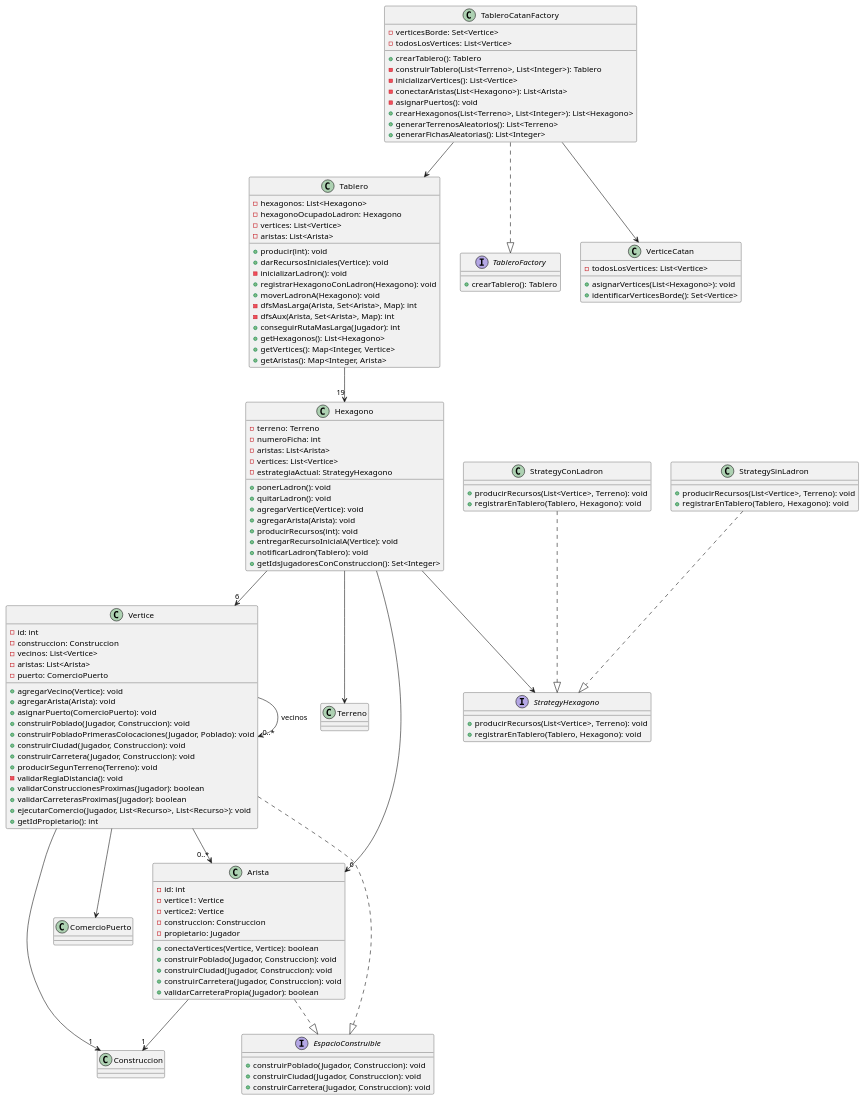
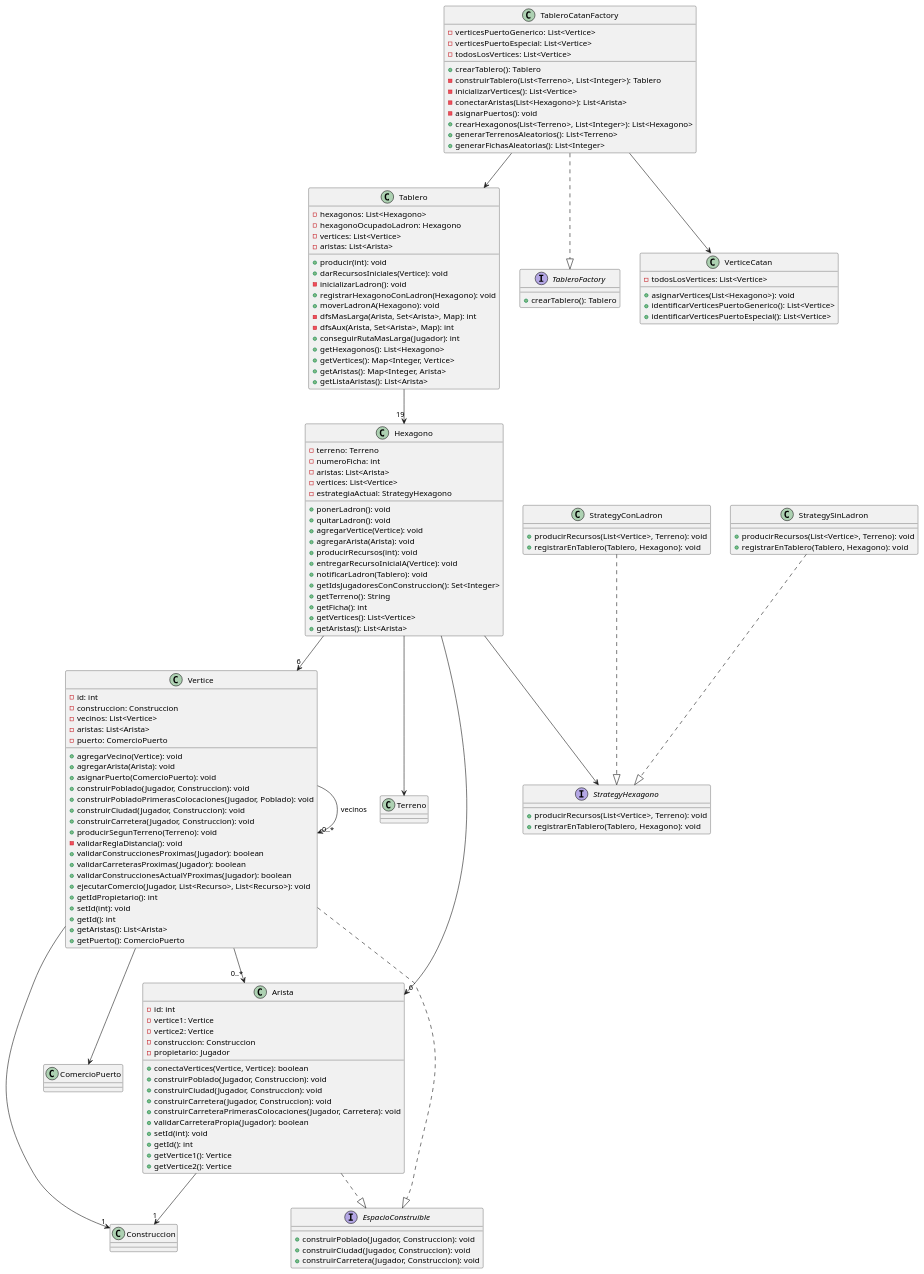
One commit to ValeSolArroyo/TP2-Catan changed the diagram in diagrams/classes/tablero.puml. Above: the diagram before and after it, drawn with PlantUML. The commit also changed 8 other files, not shown here.

Commit message:
diagramas actualizados

```diff
--- a/diagrams/classes/tablero.puml
+++ b/diagrams/classes/tablero.puml
@@ -1,142 +1,159 @@
 @startuml
 
 class Tablero {
   - hexagonos: List<Hexagono>
   - hexagonoOcupadoLadron: Hexagono
   - vertices: List<Vertice>
   - aristas: List<Arista>
   
   + producir(int): void
   + darRecursosIniciales(Vertice): void
   - inicializarLadron(): void
   + registrarHexagonoConLadron(Hexagono): void
   + moverLadronA(Hexagono): void
   - dfsMasLarga(Arista, Set<Arista>, Map): int
   - dfsAux(Arista, Set<Arista>, Map): int
   + conseguirRutaMasLarga(Jugador): int
   + getHexagonos(): List<Hexagono>
   + getVertices(): Map<Integer, Vertice>
   + getAristas(): Map<Integer, Arista>
+  + getListaAristas(): List<Arista>
 }
 
 class Hexagono {
   - terreno: Terreno
   - numeroFicha: int
   - aristas: List<Arista>
   - vertices: List<Vertice>
   - estrategiaActual: StrategyHexagono
   
   + ponerLadron(): void
   + quitarLadron(): void
   + agregarVertice(Vertice): void
   + agregarArista(Arista): void
   + producirRecursos(int): void
   + entregarRecursoInicialA(Vertice): void
   + notificarLadron(Tablero): void
   + getIdsJugadoresConConstruccion(): Set<Integer>
+  + getTerreno(): String
+  + getFicha(): int
+  + getVertices(): List<Vertice>
+  + getAristas(): List<Arista>
 }
 
 class Vertice {
   - id: int
   - construccion: Construccion
   - vecinos: List<Vertice>
   - aristas: List<Arista>
   - puerto: ComercioPuerto
   
   + agregarVecino(Vertice): void
   + agregarArista(Arista): void
   + asignarPuerto(ComercioPuerto): void
   + construirPoblado(Jugador, Construccion): void
   + construirPobladoPrimerasColocaciones(Jugador, Poblado): void
   + construirCiudad(Jugador, Construccion): void
   + construirCarretera(Jugador, Construccion): void
   + producirSegunTerreno(Terreno): void
   - validarReglaDistancia(): void
   + validarConstruccionesProximas(Jugador): boolean
   + validarCarreterasProximas(Jugador): boolean
+  + validarConstruccionesActualYProximas(Jugador): boolean
   + ejecutarComercio(Jugador, List<Recurso>, List<Recurso>): void
   + getIdPropietario(): int
+  + setId(int): void
+  + getId(): int
+  + getAristas(): List<Arista>
+  + getPuerto(): ComercioPuerto
 }
 
 class Arista {
   - id: int
   - vertice1: Vertice
   - vertice2: Vertice
   - construccion: Construccion
   - propietario: Jugador
   
   + conectaVertices(Vertice, Vertice): boolean
   + construirPoblado(Jugador, Construccion): void
   + construirCiudad(Jugador, Construccion): void
   + construirCarretera(Jugador, Construccion): void
+  + construirCarreteraPrimerasColocaciones(Jugador, Carretera): void
   + validarCarreteraPropia(Jugador): boolean
+  + setId(int): void
+  + getId(): int
+  + getVertice1(): Vertice
+  + getVertice2(): Vertice
 }
 
 interface EspacioConstruible {
   + construirPoblado(Jugador, Construccion): void
   + construirCiudad(Jugador, Construccion): void
   + construirCarretera(Jugador, Construccion): void
 }
 
 interface StrategyHexagono {
   + producirRecursos(List<Vertice>, Terreno): void
   + registrarEnTablero(Tablero, Hexagono): void
 }
 
 class StrategyConLadron {
   + producirRecursos(List<Vertice>, Terreno): void
   + registrarEnTablero(Tablero, Hexagono): void
 }
 
 class StrategySinLadron {
   + producirRecursos(List<Vertice>, Terreno): void
   + registrarEnTablero(Tablero, Hexagono): void
 }
 
 interface TableroFactory {
   + crearTablero(): Tablero
 }
 
 class TableroCatanFactory {
-  - verticesBorde: Set<Vertice>
+  - verticesPuertoGenerico: List<Vertice>
+  - verticesPuertoEspecial: List<Vertice>
   - todosLosVertices: List<Vertice>
   
   + crearTablero(): Tablero
   - construirTablero(List<Terreno>, List<Integer>): Tablero
   - inicializarVertices(): List<Vertice>
   - conectarAristas(List<Hexagono>): List<Arista>
   - asignarPuertos(): void
   + crearHexagonos(List<Terreno>, List<Integer>): List<Hexagono>
   + generarTerrenosAleatorios(): List<Terreno>
   + generarFichasAleatorias(): List<Integer>
 }
 
 class VerticeCatan {
   - todosLosVertices: List<Vertice>
   
   + asignarVertices(List<Hexagono>): void
-  + identificarVerticesBorde(): Set<Vertice>
+  + identificarVerticesPuertoGenerico(): List<Vertice>
+  + identificarVerticesPuertoEspecial(): List<Vertice>
 }
 
 Tablero --> "19" Hexagono
 Hexagono --> "6" Vertice
 Hexagono --> "6" Arista
 Hexagono --> Terreno
 Hexagono --> StrategyHexagono
 
 Vertice ..|> EspacioConstruible
 Arista ..|> EspacioConstruible
 Vertice --> "1" Construccion
 Arista --> "1" Construccion
 Vertice --> "0..*" Vertice : vecinos
 Vertice --> "0..*" Arista
 Vertice --> ComercioPuerto
 
 StrategyConLadron ..|> StrategyHexagono
 StrategySinLadron ..|> StrategyHexagono
 
 TableroCatanFactory ..|> TableroFactory
 TableroCatanFactory --> Tablero
 TableroCatanFactory --> VerticeCatan
 
 @enduml
```
